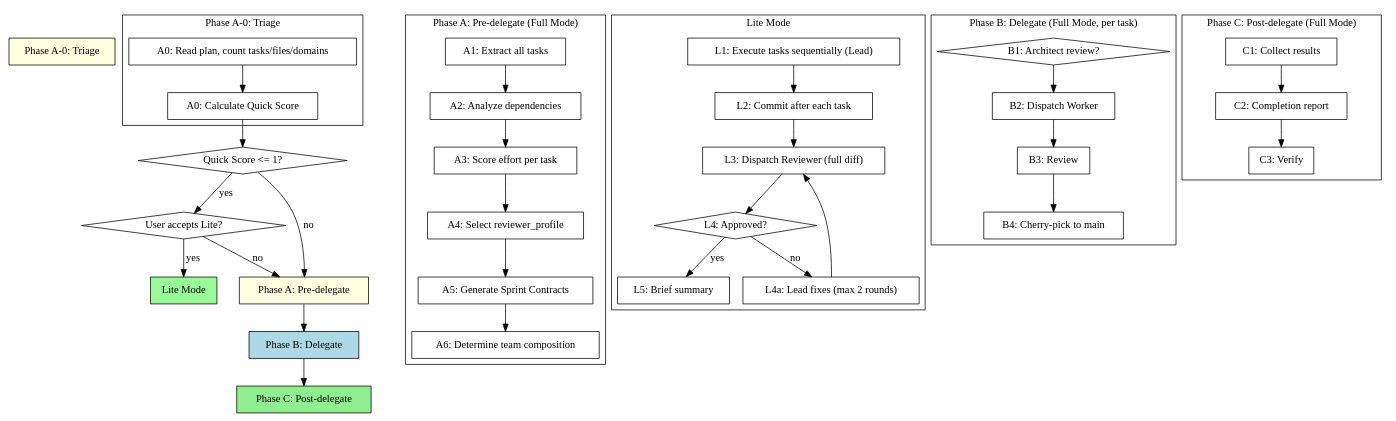
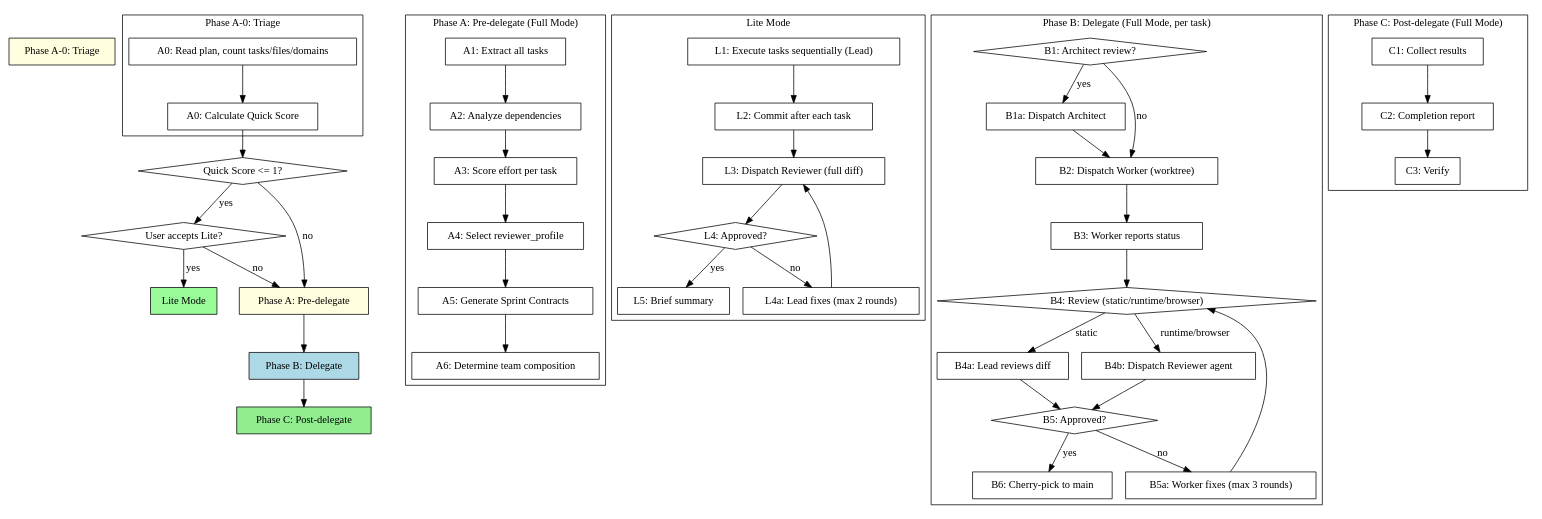
Before and after one commit to rat-siem/team-driven-development: the second of 2 diagrams in skills/team-driven-development/SKILL.md, drawn with Graphviz. The commit also changed other lines of this file, not shown here.

Commit message:
fix: restore Phase B graph detail, deduplicate Red Flags, fix announce message
- Restore full Phase B dot graph (Architect, Worker, Review loop, Cherry-pick)
- Remove "as a team" from announce (mode not yet determined)
- Replace Lite Mode Red Flags duplication with cross-reference
- Remove redundant "Never (both modes)" block

```diff
--- a/skills/team-driven-development/SKILL.md
+++ b/skills/team-driven-development/SKILL.md
@@ -124,13 +124,28 @@
     subgraph cluster_phase_b {
         label="Phase B: Delegate (Full Mode, per task)";
         "B1: Architect review?" [shape=diamond];
-        "B2: Dispatch Worker" [shape=box];
-        "B3: Review" [shape=box];
-        "B4: Cherry-pick to main" [shape=box];
+        "B1a: Dispatch Architect" [shape=box];
+        "B2: Dispatch Worker (worktree)" [shape=box];
+        "B3: Worker reports status" [shape=box];
+        "B4: Review (static/runtime/browser)" [shape=diamond];
+        "B4a: Lead reviews diff" [shape=box];
+        "B4b: Dispatch Reviewer agent" [shape=box];
+        "B5: Approved?" [shape=diamond];
+        "B5a: Worker fixes (max 3 rounds)" [shape=box];
+        "B6: Cherry-pick to main" [shape=box];
 
-        "B1: Architect review?" -> "B2: Dispatch Worker";
-        "B2: Dispatch Worker" -> "B3: Review";
-        "B3: Review" -> "B4: Cherry-pick to main";
+        "B1: Architect review?" -> "B1a: Dispatch Architect" [label="yes"];
+        "B1: Architect review?" -> "B2: Dispatch Worker (worktree)" [label="no"];
+        "B1a: Dispatch Architect" -> "B2: Dispatch Worker (worktree)";
+        "B2: Dispatch Worker (worktree)" -> "B3: Worker reports status";
+        "B3: Worker reports status" -> "B4: Review (static/runtime/browser)";
+        "B4: Review (static/runtime/browser)" -> "B4a: Lead reviews diff" [label="static"];
+        "B4: Review (static/runtime/browser)" -> "B4b: Dispatch Reviewer agent" [label="runtime/browser"];
+        "B4a: Lead reviews diff" -> "B5: Approved?";
+        "B4b: Dispatch Reviewer agent" -> "B5: Approved?";
+        "B5: Approved?" -> "B6: Cherry-pick to main" [label="yes"];
+        "B5: Approved?" -> "B5a: Worker fixes (max 3 rounds)" [label="no"];
+        "B5a: Worker fixes (max 3 rounds)" -> "B4: Review (static/runtime/browser)";
     }
 
     subgraph cluster_phase_c {
```
